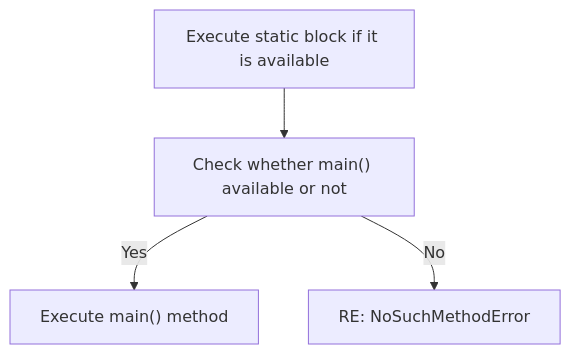
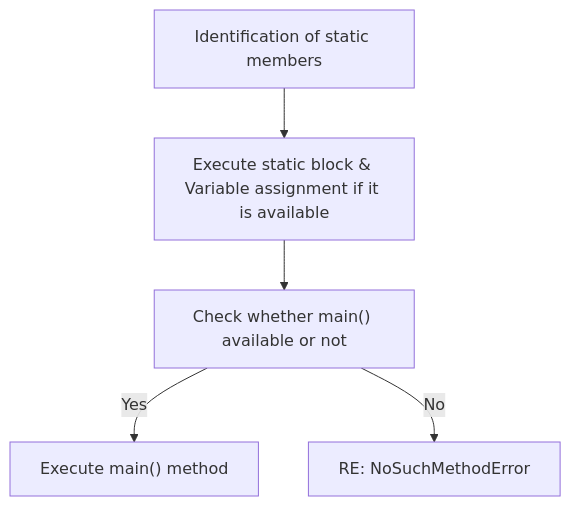
One commit to bdmohammed/computer-science-notes changed the first of 2 diagrams in src/content/docs/computer-languages/java/01-language-fundamentals/09-main-method/main-method.mdx. Above: the diagram before and after it, drawn with Mermaid. The commit also changed other lines of this file and 261 other files, not shown here.

````diff
--- a/src/content/docs/computer-languages/java/01-language-fundamentals/09-main-method/main-method.mdx
+++ b/src/content/docs/computer-languages/java/01-language-fundamentals/09-main-method/main-method.mdx
@@ -331,11 +445,13 @@
 ```mermaid
 flowchart TD
-    A[Execute static block if it is available]
-    B["Check whether main() available or not"]
-    C["Execute main() method"]
-    D["RE: NoSuchMethodError"]
+    A[Identification of static members]
+    B[Execute static block & Variable assignment if it is available]
+    C["Check whether main() available or not"]
+    D["Execute main() method"]
+    E["RE: NoSuchMethodError"]
 
     A --> B
-    B -- Yes --> C
-    B -- No --> D
+    B --> C
+    C -- Yes --> D
+    C -- No --> E
 ```
````
